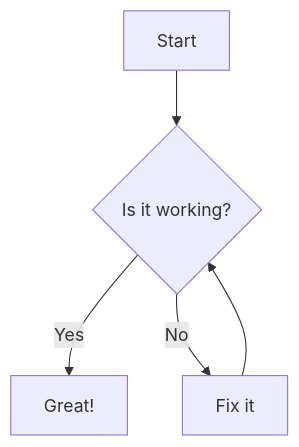
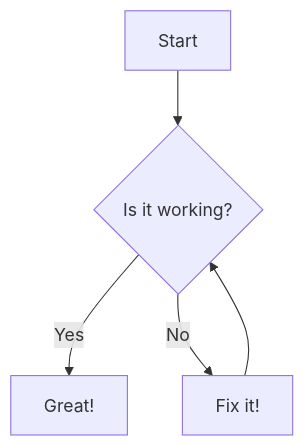
The diagram in _posts/2024-12-17-new-esp32-flow-and-temp.md (fperron-kt88/fx-portfolio), drawn with Mermaid before and after one commit. The commit also changed other lines of this file and 3 other files, not shown here.

Commit message:
feat: local mermaid works

````diff
--- a/_posts/2024-12-17-new-esp32-flow-and-temp.md
+++ b/_posts/2024-12-17-new-esp32-flow-and-temp.md
@@ -40,7 +41,7 @@
 ```mermaid
 graph TD
     A[Start] --> B{Is it working?}
     B -->|Yes| C[Great!]
-    B -->|No| D[Fix it]
+    B -->|No| D[Fix it!]
     D --> B
 ```
````
